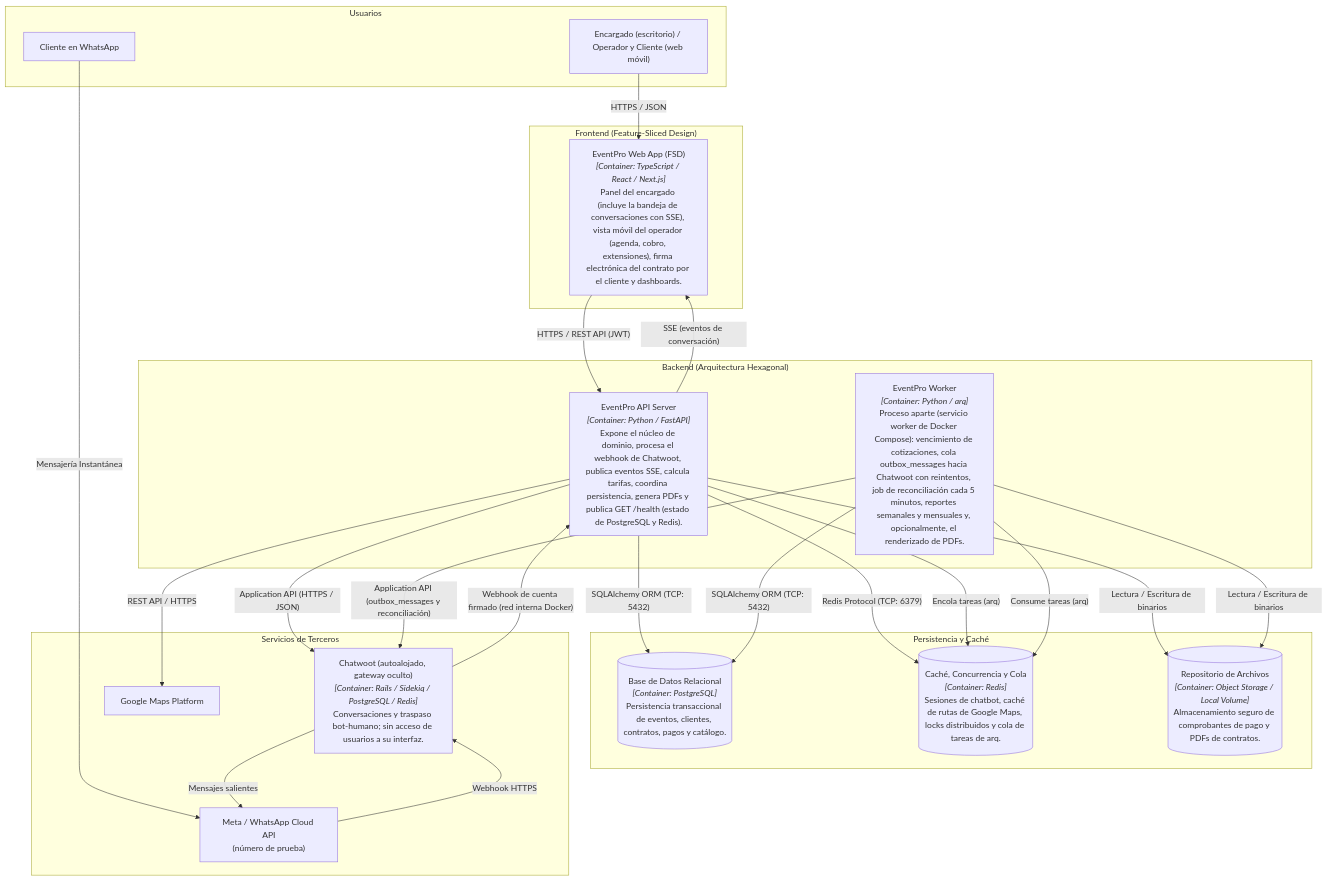
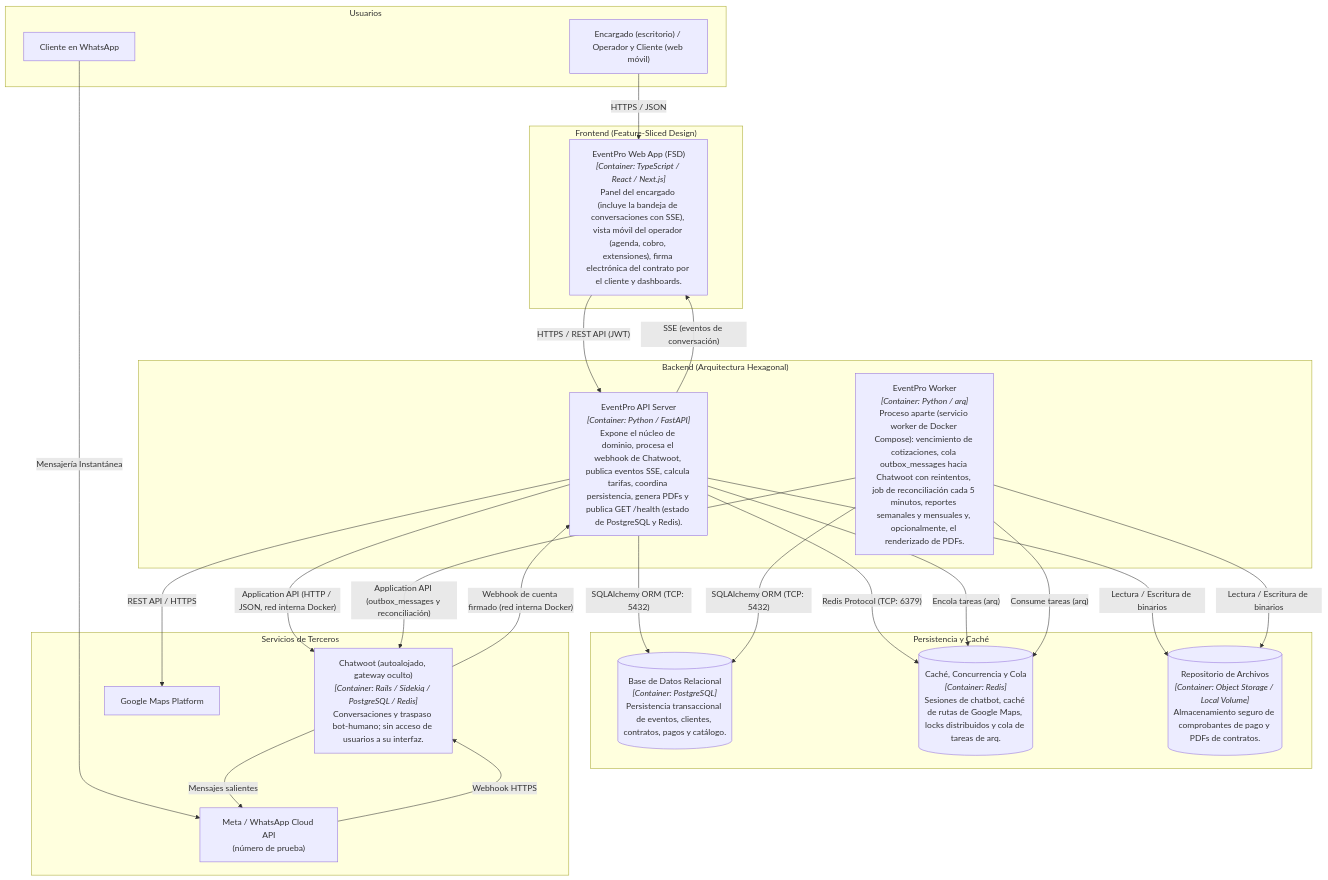
The second of 3 diagrams in Docs/02-arquitectura/01-diseno-arquitectonico-c4.md (MathiasTL/EventPro-backend), drawn with Mermaid before and after one commit. The commit also changed 3 other files, not shown here.

````diff
--- a/Docs/02-arquitectura/01-diseno-arquitectonico-c4.md
+++ b/Docs/02-arquitectura/01-diseno-arquitectonico-c4.md
@@ -54,47 +54,47 @@
 ```mermaid
 flowchart TB
     subgraph Usuarios["Usuarios"]
         UserWeb["Encargado (escritorio) / Operador y Cliente (web móvil)"]
         UserWhatsApp["Cliente en WhatsApp"]
     end
 
     subgraph FrontendApp["Frontend (Feature-Sliced Design)"]
         SPA["EventPro Web App (FSD)<br/><i>[Container: TypeScript / React / Next.js]</i><br/>Panel del encargado (incluye la bandeja de conversaciones con SSE), vista móvil del operador (agenda, cobro, extensiones), firma electrónica del contrato por el cliente y dashboards."]
     end
 
     subgraph BackendApp["Backend (Arquitectura Hexagonal)"]
         API["EventPro API Server<br/><i>[Container: Python / FastAPI]</i><br/>Expone el núcleo de dominio, procesa el webhook de Chatwoot, publica eventos SSE, calcula tarifas, coordina persistencia, genera PDFs y publica GET /health (estado de PostgreSQL y Redis)."]
         Worker["EventPro Worker<br/><i>[Container: Python / arq]</i><br/>Proceso aparte (servicio worker de Docker Compose): vencimiento de cotizaciones, cola outbox_messages hacia Chatwoot con reintentos, job de reconciliación cada 5 minutos, reportes semanales y mensuales y, opcionalmente, el renderizado de PDFs."]
     end
 
     subgraph Almacenamiento["Persistencia y Caché"]
         DB[("Base de Datos Relacional<br/><i>[Container: PostgreSQL]</i><br/>Persistencia transaccional de eventos, clientes, contratos, pagos y catálogo.")]
         Cache[("Caché, Concurrencia y Cola<br/><i>[Container: Redis]</i><br/>Sesiones de chatbot, caché de rutas de Google Maps, locks distribuidos y cola de tareas de arq.")]
         Storage[("Repositorio de Archivos<br/><i>[Container: Object Storage / Local Volume]</i><br/>Almacenamiento seguro de comprobantes de pago y PDFs de contratos.")]
     end
 
     subgraph ServiciosTerceros["Servicios de Terceros"]
         ExtWhatsApp["Meta / WhatsApp Cloud API<br/>(número de prueba)"]
         ExtChatwoot["Chatwoot (autoalojado, gateway oculto)<br/><i>[Container: Rails / Sidekiq / PostgreSQL / Redis]</i><br/>Conversaciones y traspaso bot-humano; sin acceso de usuarios a su interfaz."]
         ExtMaps["Google Maps Platform"]
     end
 
     UserWeb -->|"HTTPS / JSON"| SPA
     SPA -->|"HTTPS / REST API (JWT)"| API
     UserWhatsApp -->|"Mensajería Instantánea"| ExtWhatsApp
     ExtWhatsApp -->|"Webhook HTTPS"| ExtChatwoot
     ExtChatwoot -->|"Mensajes salientes"| ExtWhatsApp
     ExtChatwoot -->|"Webhook de cuenta firmado (red interna Docker)"| API
-    API -->|"Application API (HTTPS / JSON)"| ExtChatwoot
+    API -->|"Application API (HTTP / JSON, red interna Docker)"| ExtChatwoot
     API -->|"SSE (eventos de conversación)"| SPA
 
     API -->|"SQLAlchemy ORM (TCP: 5432)"| DB
     API -->|"Redis Protocol (TCP: 6379)"| Cache
     API -->|"Lectura / Escritura de binarios"| Storage
     API -->|"Encola tareas (arq)"| Cache
     Worker -->|"Consume tareas (arq)"| Cache
     Worker -->|"SQLAlchemy ORM (TCP: 5432)"| DB
     Worker -->|"Lectura / Escritura de binarios"| Storage
     Worker -->|"Application API (outbox_messages y reconciliación)"| ExtChatwoot
     API -->|"REST API / HTTPS"| ExtMaps
 ```
````
